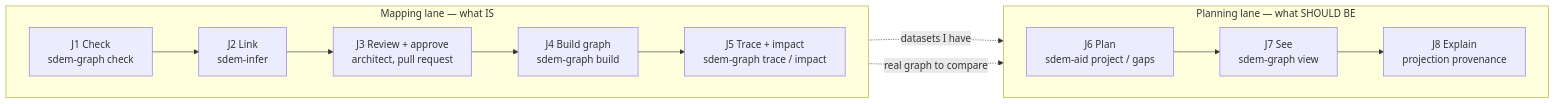
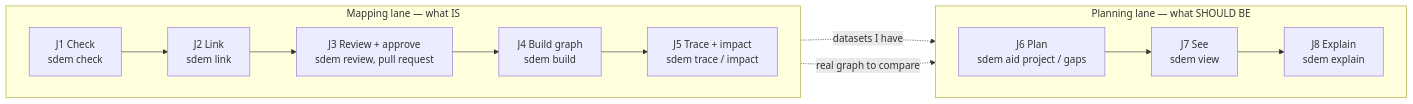
Before and after one commit to taumoeps/bian-sdem-framework: the third of 6 diagrams in docs/sdem-workbench-design.md, drawn with Mermaid. The commit also changed other lines of this file and 11 other files, not shown here.

````diff
--- a/docs/sdem-workbench-design.md
+++ b/docs/sdem-workbench-design.md
@@ -171,17 +171,17 @@
 ```mermaid
 flowchart LR
     subgraph MAP["Mapping lane — what IS"]
         direction LR
-        J1["J1 Check<br/>sdem-graph check"] --> J2["J2 Link<br/>sdem-infer"]
-        J2 --> J3["J3 Review + approve<br/>architect, pull request"]
-        J3 --> J4["J4 Build graph<br/>sdem-graph build"]
-        J4 --> J5["J5 Trace + impact<br/>sdem-graph trace / impact"]
+        J1["J1 Check<br/>sdem check"] --> J2["J2 Link<br/>sdem link"]
+        J2 --> J3["J3 Review + approve<br/>sdem review, pull request"]
+        J3 --> J4["J4 Build graph<br/>sdem build"]
+        J4 --> J5["J5 Trace + impact<br/>sdem trace / impact"]
     end
     subgraph PLAN["Planning lane — what SHOULD BE"]
         direction LR
-        J6["J6 Plan<br/>sdem-aid project / gaps"] --> J7["J7 See<br/>sdem-graph view"]
-        J7 --> J8["J8 Explain<br/>projection provenance"]
+        J6["J6 Plan<br/>sdem aid project / gaps"] --> J7["J7 See<br/>sdem view"]
+        J7 --> J8["J8 Explain<br/>sdem explain"]
     end
     J1 -.->|"datasets I have"| J6
     J4 -.->|"real graph to compare"| J7
 ```
````
